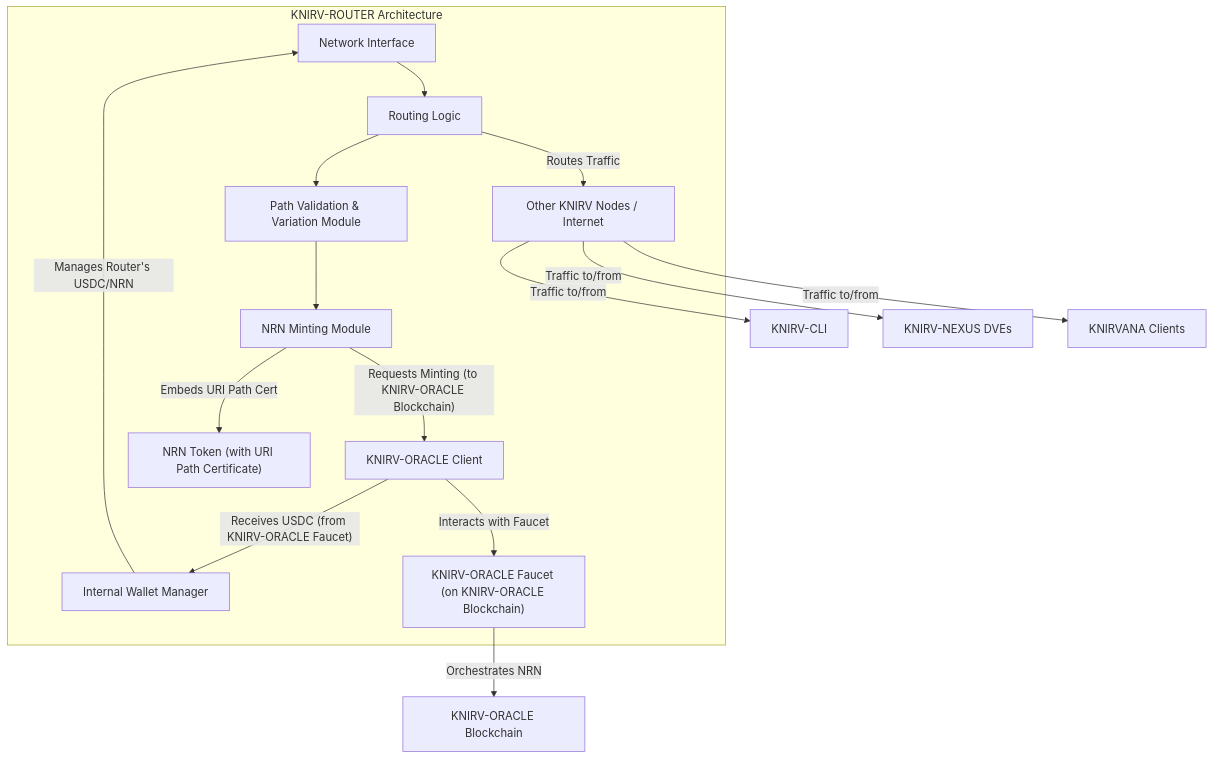
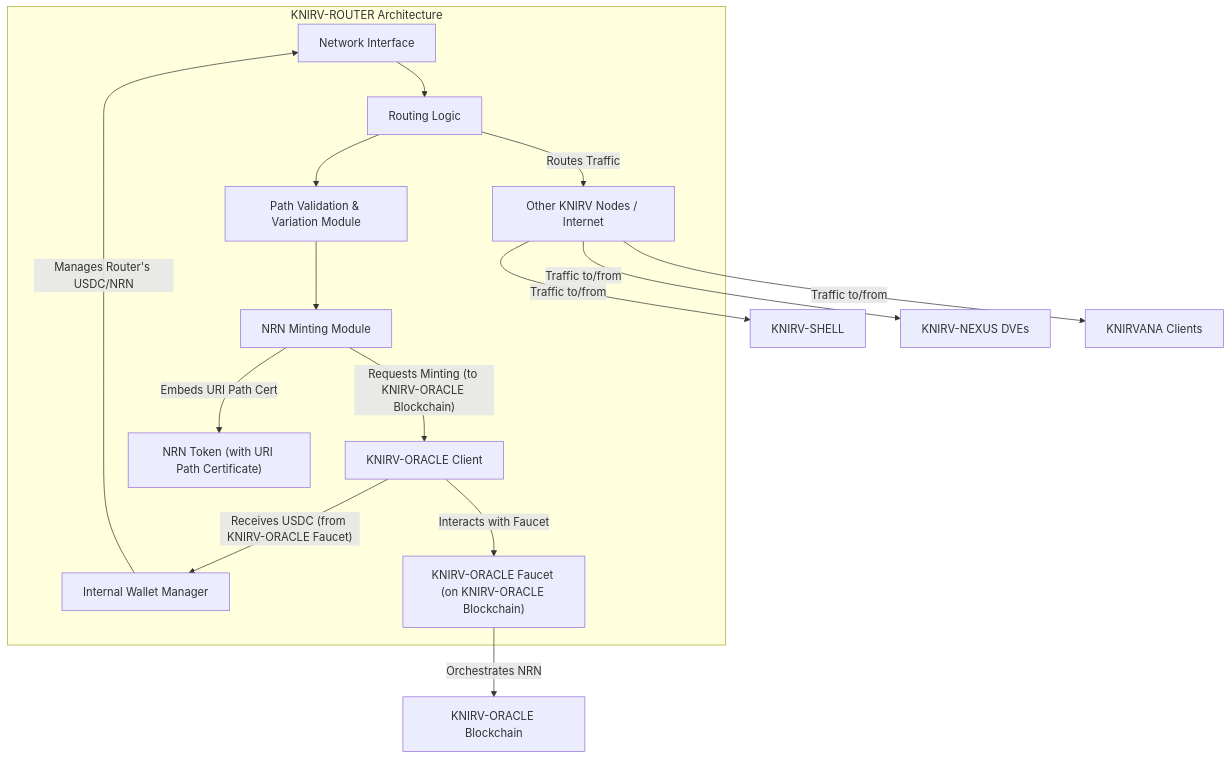
The diagram in KNIRVGATEWAY/network-website/public/documentation/docsify/whitepapers/KNIRV-ROUTER_Whitepaper.md (guiperry/KNIRV_NETWORK), drawn with Mermaid before and after one commit. The commit also changed other lines of this file and 11499 other files, not shown here.

````diff
--- a/KNIRVGATEWAY/network-website/public/documentation/docsify/whitepapers/KNIRV-ROUTER_Whitepaper.md
+++ b/KNIRVGATEWAY/network-website/public/documentation/docsify/whitepapers/KNIRV-ROUTER_Whitepaper.md
@@ -56,20 +56,20 @@
 ```mermaid
 graph TD
     subgraph KNIRV-ROUTER Architecture
         NI[Network Interface] --> R[Routing Logic]
         R --> PV[Path Validation & Variation Module]
         PV --> NM[NRN Minting Module]
         NM -- "Requests Minting (to KNIRV-ORACLE Blockchain)" --> KRC[KNIRV-ORACLE Client]
         KRC -- "Receives USDC (from KNIRV-ORACLE Faucet)" --> WM[Internal Wallet Manager]
         WM -- "Manages Router's USDC/NRN" --> NI
 
         R -- "Routes Traffic" --> OtherNodes[Other KNIRV Nodes / Internet]
         NM -- "Embeds URI Path Cert" --> NRN_Token["NRN Token (with URI Path Certificate)"]
         KRC -- "Interacts with Faucet" --> KRF["KNIRV-ORACLE Faucet (on KNIRV-ORACLE Blockchain)"]
     end
 
-    OtherNodes -- "Traffic to/from" --> KNIRV_SHELL[KNIRV-CLI]
+    OtherNodes -- "Traffic to/from" --> KNIRV_SHELL[KNIRV-SHELL]
     OtherNodes -- "Traffic to/from" --> KNIRV_NEXUS[KNIRV-NEXUS DVEs]
     OtherNodes -- "Traffic to/from" --> KNIRVANA[KNIRVANA Clients]
     KRF -- "Orchestrates NRN" --> KNIRV_ROOT[KNIRV-ORACLE Blockchain]
 ```
````
